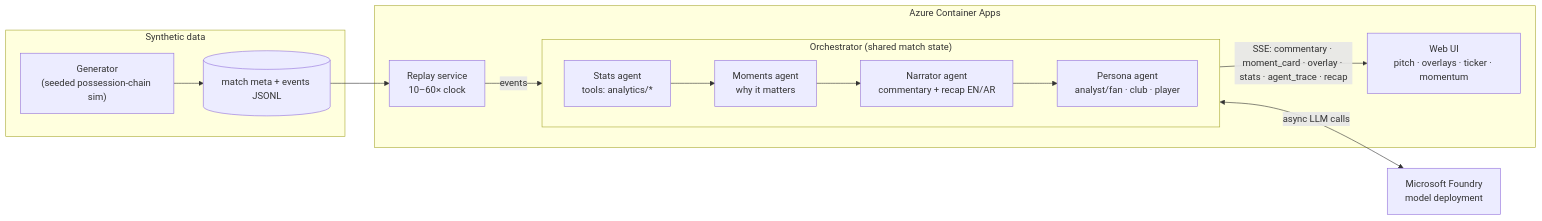
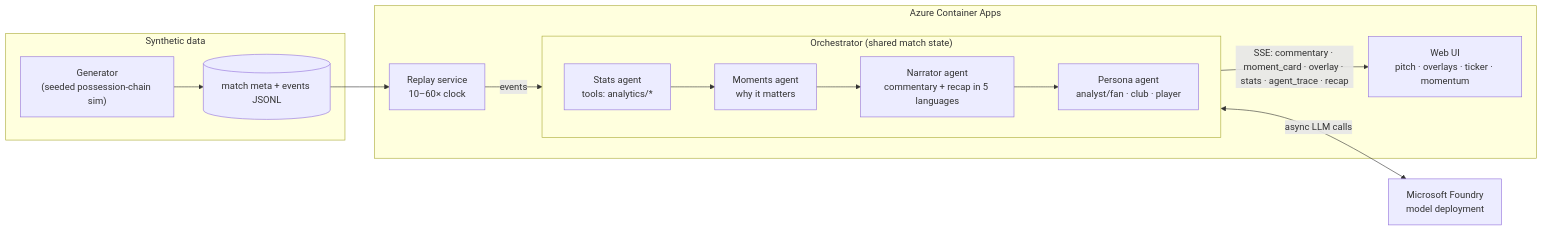
The diagram in README.md (ismael-De/echo-pitch), drawn with Mermaid before and after one commit. The commit also changed other lines of this file and 5 other files, not shown here.

````diff
--- a/README.md
+++ b/README.md
@@ -53,21 +55,21 @@
 ```mermaid
 flowchart LR
   subgraph Data["Synthetic data"]
     G["Generator<br/>(seeded possession-chain sim)"] --> D[("match meta + events JSONL")]
   end
   D --> R["Replay service<br/>10–60× clock"]
   R -->|events| O
   subgraph O["Orchestrator (shared match state)"]
     direction LR
     S["Stats agent<br/>tools: analytics/*"] --> M["Moments agent<br/>why it matters"]
-    M --> N["Narrator agent<br/>commentary + recap EN/AR"]
+    M --> N["Narrator agent<br/>commentary + recap in 5 languages"]
     N --> P["Persona agent<br/>analyst/fan · club · player"]
   end
   O <-->|"async LLM calls"| F["Microsoft Foundry<br/>model deployment"]
   O -->|"SSE: commentary · moment_card · overlay · stats · agent_trace · recap"| UI["Web UI<br/>pitch · overlays · ticker · momentum"]
   subgraph Azure["Azure Container Apps"]
     R
     O
     UI
   end
 ```
````
